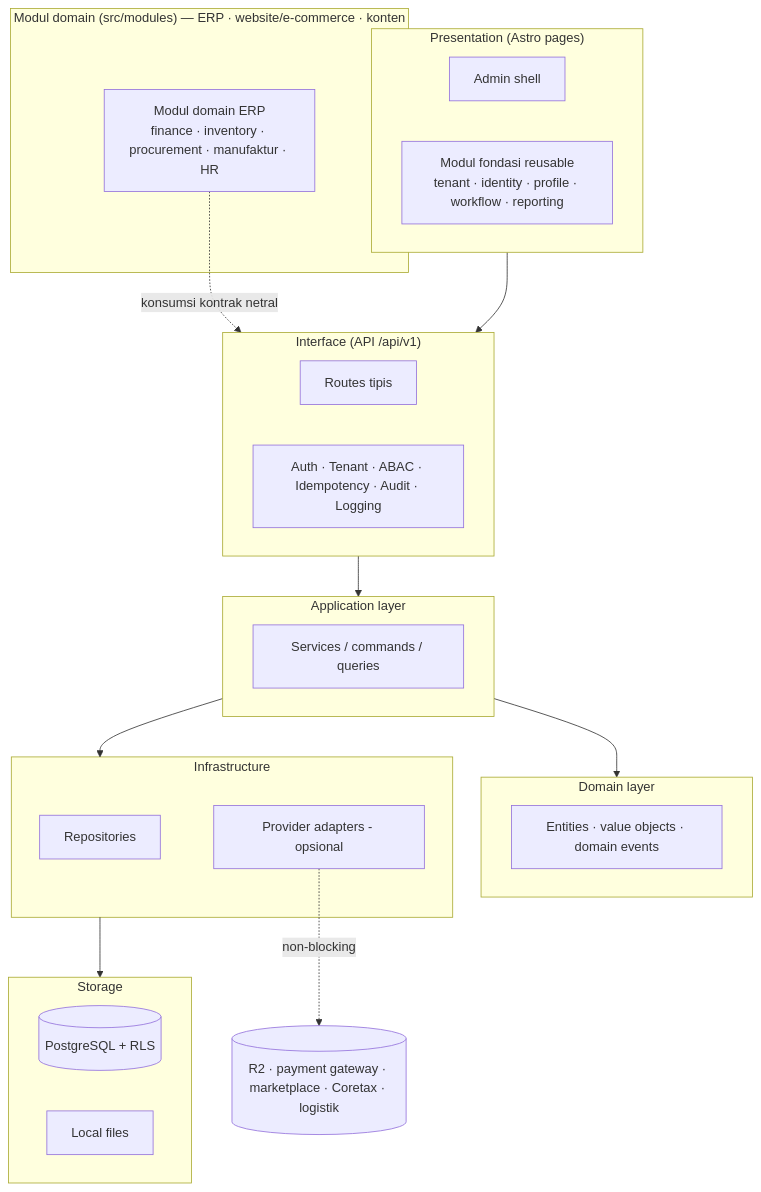
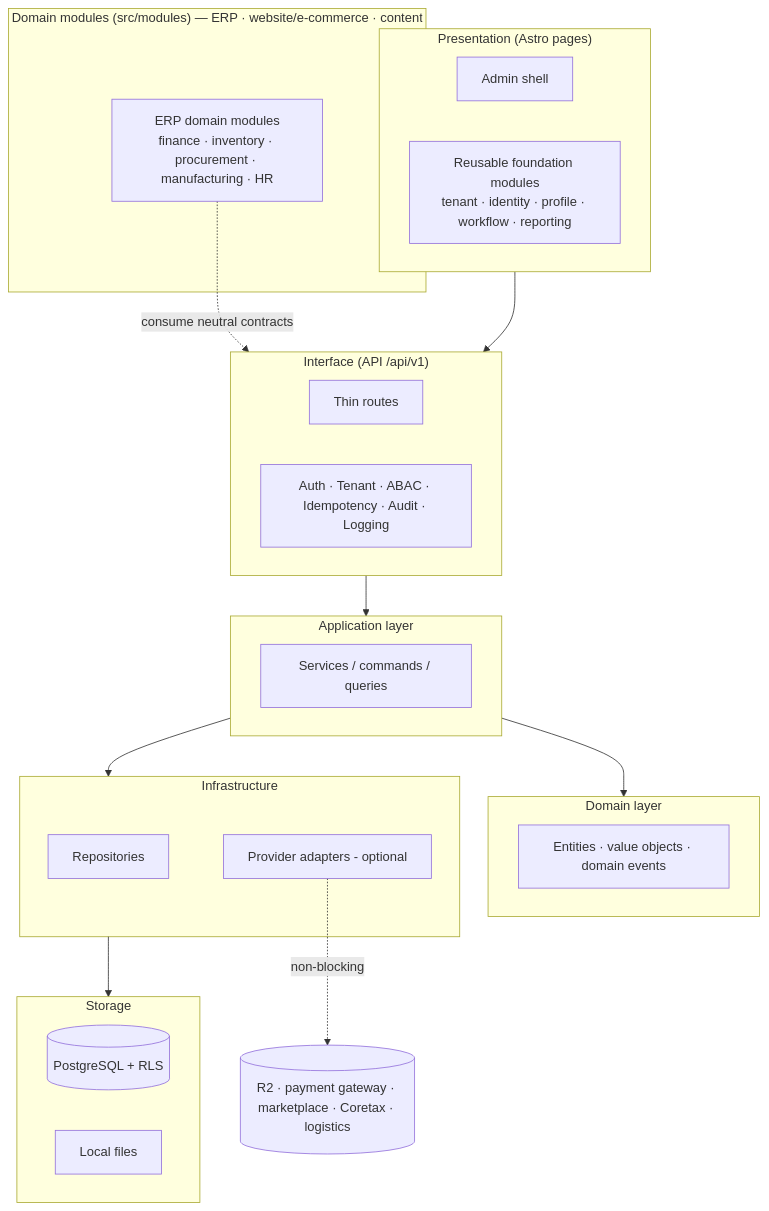
The first of 3 diagrams in docs/awcms/01_canvas_induk.md (ahliweb/awcms), drawn with Mermaid before and after one commit. The commit also changed other lines of this file and 603 other files, not shown here.

````diff
--- a/docs/awcms/01_canvas_induk.md
+++ b/docs/awcms/01_canvas_induk.md
@@ -27,34 +29,34 @@
 ```mermaid
 flowchart TB
   subgraph Presentation["Presentation (Astro pages)"]
     Admin[Admin shell]
-    App[Modul fondasi reusable<br/>tenant · identity · profile · workflow · reporting]
+    App[Reusable foundation modules<br/>tenant · identity · profile · workflow · reporting]
   end
-  subgraph Ext["Modul domain (src/modules) — ERP · website/e-commerce · konten"]
-    ERP[Modul domain ERP<br/>finance · inventory · procurement · manufaktur · HR]
+  subgraph Ext["Domain modules (src/modules) — ERP · website/e-commerce · content"]
+    ERP[ERP domain modules<br/>finance · inventory · procurement · manufacturing · HR]
   end
-  ERP -.konsumsi kontrak netral.-> Interface
+  ERP -.consume neutral contracts.-> Interface
   subgraph Interface["Interface (API /api/v1)"]
-    Routes[Routes tipis]
+    Routes[Thin routes]
     Middleware[Auth · Tenant · ABAC · Idempotency · Audit · Logging]
   end
   subgraph Application["Application layer"]
     Services[Services / commands / queries]
   end
   subgraph Domain["Domain layer"]
     Entities[Entities · value objects · domain events]
   end
   subgraph Infrastructure["Infrastructure"]
     Repo[Repositories]
-    Providers[Provider adapters - opsional]
+    Providers[Provider adapters - optional]
   end
   subgraph Storage["Storage"]
     DB[(PostgreSQL + RLS)]
     Files[Local files]
   end
 
   Presentation --> Interface --> Application --> Domain
   Application --> Infrastructure
   Infrastructure --> Storage
-  Providers -. non-blocking .-> External[(R2 · payment gateway · marketplace · Coretax · logistik)]
+  Providers -. non-blocking .-> External[(R2 · payment gateway · marketplace · Coretax · logistics)]
 ```
````
